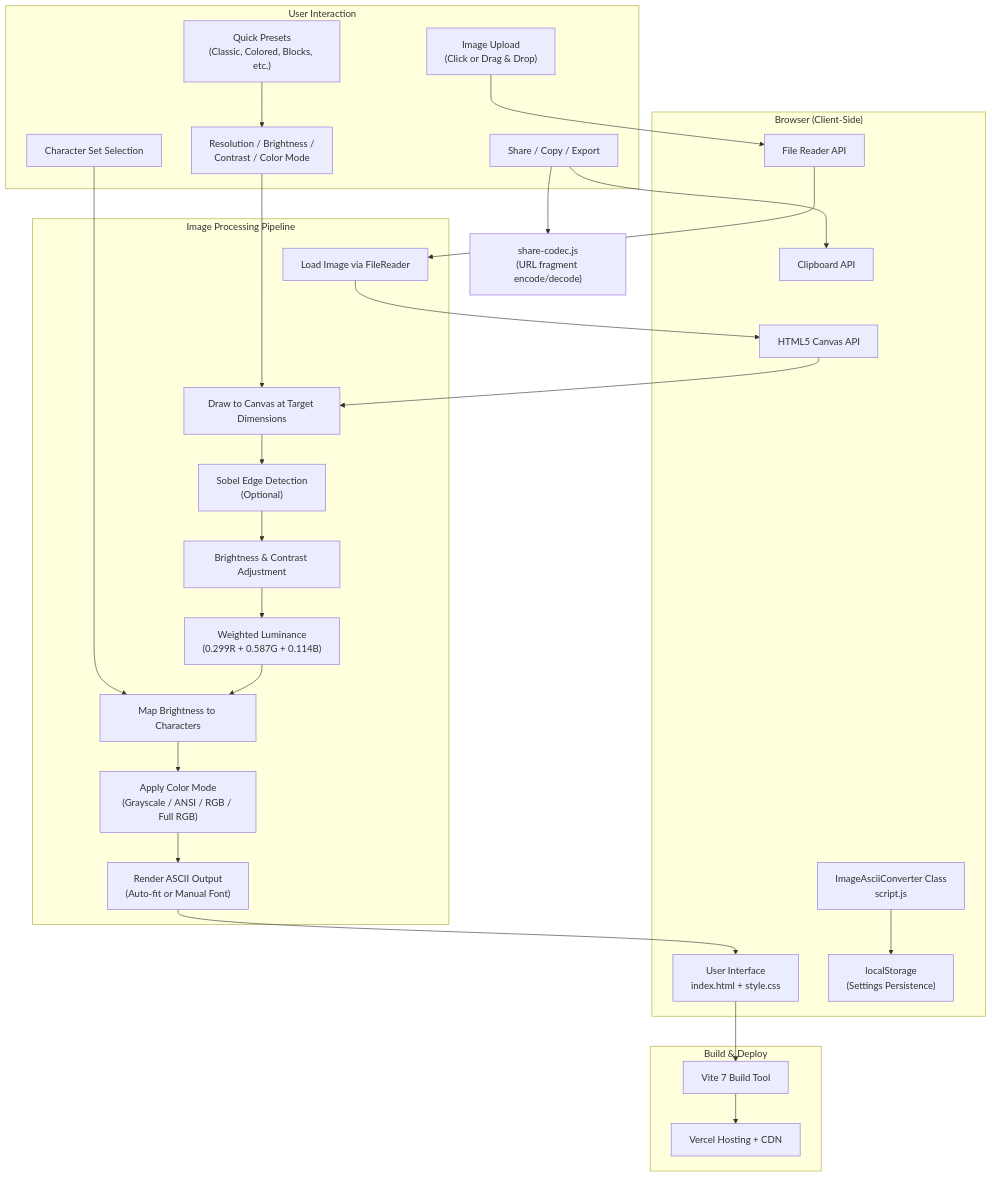
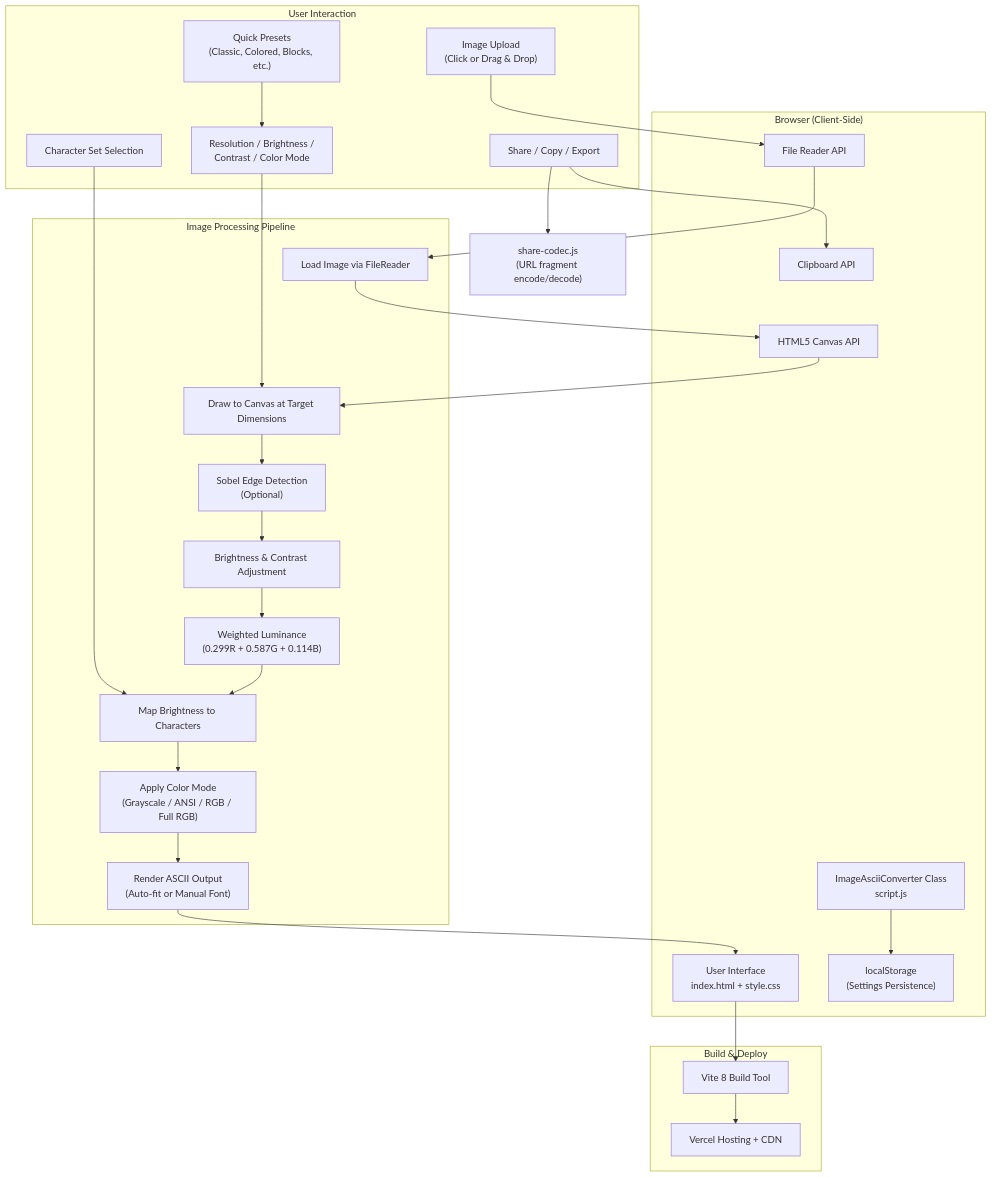
One commit to Technical-1/Image-To-Ascii-Vite changed the first of 2 diagrams in .portfolio/architecture.md. Above: the diagram before and after it, drawn with Mermaid. The commit also changed other lines of this file and 4 other files, not shown here.

````diff
--- a/.portfolio/architecture.md
+++ b/.portfolio/architecture.md
@@ -5,58 +5,58 @@
 ```mermaid
 flowchart TB
     subgraph Client["Browser (Client-Side)"]
         UI["User Interface<br/>index.html + style.css"]
         Converter["ImageAsciiConverter Class<br/>script.js"]
         Canvas["HTML5 Canvas API"]
         FileAPI["File Reader API"]
         Clipboard["Clipboard API"]
         Storage["localStorage<br/>(Settings Persistence)"]
     end
 
     subgraph UserInteraction["User Interaction"]
         Upload["Image Upload<br/>(Click or Drag & Drop)"]
         Controls["Resolution / Brightness /<br/>Contrast / Color Mode"]
         CharSet["Character Set Selection"]
         Presets["Quick Presets<br/>(Classic, Colored, Blocks, etc.)"]
         Actions["Share / Copy / Export"]
     end
 
     subgraph Processing["Image Processing Pipeline"]
         Load["Load Image via FileReader"]
         Resize["Draw to Canvas at Target Dimensions"]
         Edge["Sobel Edge Detection<br/>(Optional)"]
         BrightContrast["Brightness & Contrast Adjustment"]
         Grayscale["Weighted Luminance<br/>(0.299R + 0.587G + 0.114B)"]
         Map["Map Brightness to Characters"]
         Colorize["Apply Color Mode<br/>(Grayscale / ANSI / RGB / Full RGB)"]
         Render["Render ASCII Output<br/>(Auto-fit or Manual Font)"]
     end
 
     ShareCodec["share-codec.js<br/>(URL fragment encode/decode)"]
 
     Upload --> FileAPI
     FileAPI --> Load
     Load --> Canvas
     Canvas --> Resize
     Controls --> Resize
     Resize --> Edge
     Edge --> BrightContrast
     BrightContrast --> Grayscale
     Grayscale --> Map
     CharSet --> Map
     Presets --> Controls
     Map --> Colorize
     Colorize --> Render
     Render --> UI
     Actions --> Clipboard
     Actions --> ShareCodec
     Converter --> Storage
 
     subgraph Build["Build & Deploy"]
-        Vite["Vite 7 Build Tool"]
+        Vite["Vite 8 Build Tool"]
         Vercel["Vercel Hosting + CDN"]
     end
 
     UI --> Vite
     Vite --> Vercel
 ```
````
